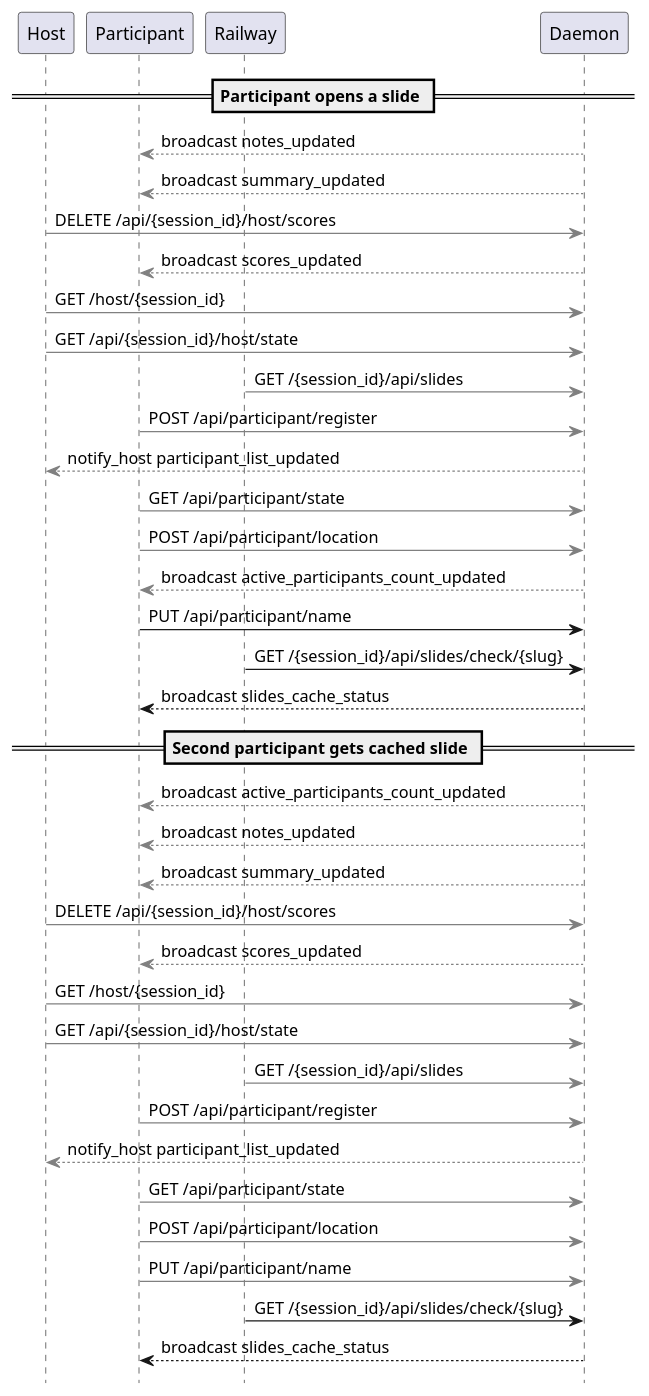
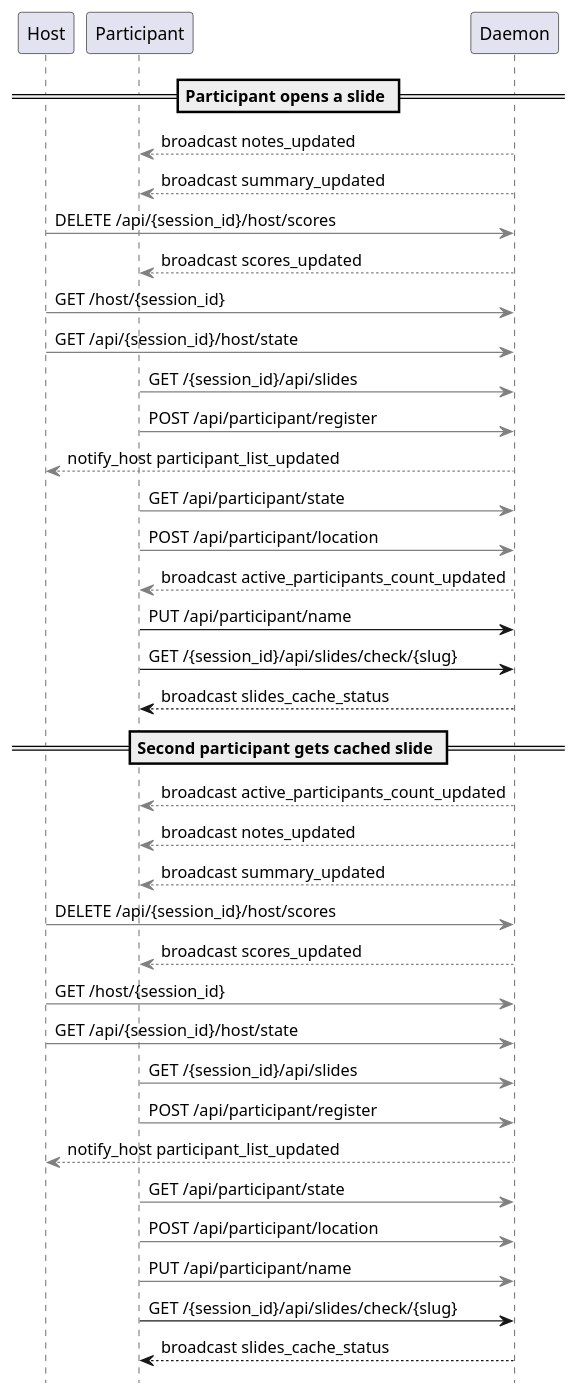
One commit to victorrentea/training-assistant changed the diagram in docs/sequences/extracted/06-slides.puml. Above: the diagram before and after it, drawn with PlantUML. The commit also changed 2 other files, not shown here.

Commit message:
fix(telemetry): collapse Railway->Daemon to Participant->Daemon for all proxied calls
All Railway->Daemon edges are participant-initiated (Railway proxies
participant REST to daemon). Previously only matched /participant/ paths,
missing /api/slides/* calls.

```diff
--- a/docs/sequences/extracted/06-slides.puml
+++ b/docs/sequences/extracted/06-slides.puml
@@ -1,44 +1,43 @@
 @startuml
 hide footbox
 
 participant "Host"
 participant "Participant"
-participant "Railway"
 participant "Daemon"
 
 == Participant opens a slide ==
 "Daemon" [#gray]--> "Participant": broadcast notes_updated
 "Daemon" [#gray]--> "Participant": broadcast summary_updated
 "Host" [#gray]-> "Daemon": DELETE /api/{session_id}/host/scores
 "Daemon" [#gray]--> "Participant": broadcast scores_updated
 "Host" [#gray]-> "Daemon": GET /host/{session_id}
 "Host" [#gray]-> "Daemon": GET /api/{session_id}/host/state
-"Railway" [#gray]-> "Daemon": GET /{session_id}/api/slides
+"Participant" [#gray]-> "Daemon": GET /{session_id}/api/slides
 "Participant" [#gray]-> "Daemon": POST /api/participant/register
 "Daemon" [#gray]--> "Host": notify_host participant_list_updated
 "Participant" [#gray]-> "Daemon": GET /api/participant/state
 "Participant" [#gray]-> "Daemon": POST /api/participant/location
 "Daemon" [#gray]--> "Participant": broadcast active_participants_count_updated
 "Participant" -> "Daemon": PUT /api/participant/name
-"Railway" -> "Daemon": GET /{session_id}/api/slides/check/{slug}
+"Participant" -> "Daemon": GET /{session_id}/api/slides/check/{slug}
 "Daemon" --> "Participant": broadcast slides_cache_status
 
 == Second participant gets cached slide ==
 "Daemon" [#gray]--> "Participant": broadcast active_participants_count_updated
 "Daemon" [#gray]--> "Participant": broadcast notes_updated
 "Daemon" [#gray]--> "Participant": broadcast summary_updated
 "Host" [#gray]-> "Daemon": DELETE /api/{session_id}/host/scores
 "Daemon" [#gray]--> "Participant": broadcast scores_updated
 "Host" [#gray]-> "Daemon": GET /host/{session_id}
 "Host" [#gray]-> "Daemon": GET /api/{session_id}/host/state
-"Railway" [#gray]-> "Daemon": GET /{session_id}/api/slides
+"Participant" [#gray]-> "Daemon": GET /{session_id}/api/slides
 "Participant" [#gray]-> "Daemon": POST /api/participant/register
 "Daemon" [#gray]--> "Host": notify_host participant_list_updated
 "Participant" [#gray]-> "Daemon": GET /api/participant/state
 "Participant" [#gray]-> "Daemon": POST /api/participant/location
 "Participant" [#gray]-> "Daemon": PUT /api/participant/name
-"Railway" -> "Daemon": GET /{session_id}/api/slides/check/{slug}
+"Participant" -> "Daemon": GET /{session_id}/api/slides/check/{slug}
 "Daemon" --> "Participant": broadcast slides_cache_status
 
 
 @enduml
```
